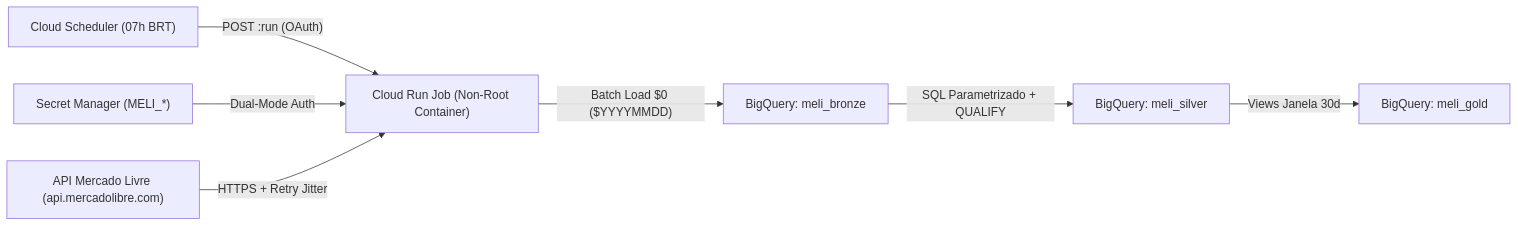
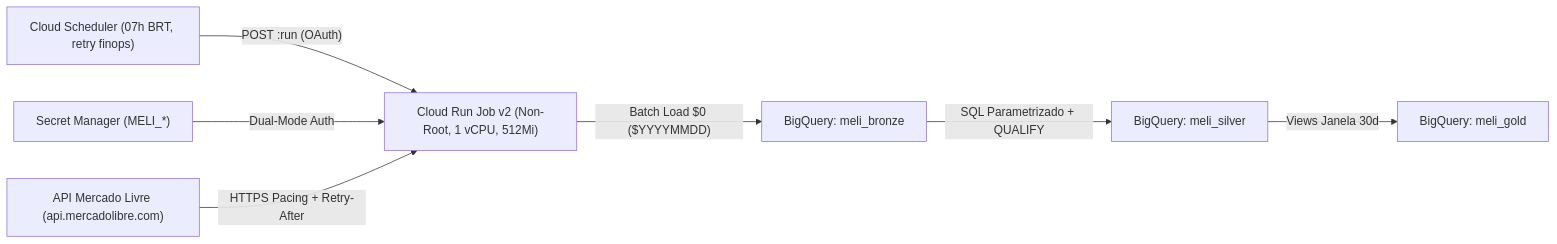
One commit to fealvesz2/etl-mercado-livre-bigquery changed the diagram in README.md. Above: the diagram before and after it, drawn with Mermaid. The commit also changed other lines of this file, not shown here.

Commit message:
docs(readme): document expanded PUBLIC_MODE architecture, FinOps scheduler and cloud metrics

````diff
--- a/README.md
+++ b/README.md
@@ -11,9 +11,9 @@
 ```mermaid
 flowchart LR
-  SCHED["Cloud Scheduler (07h BRT)"] -->|"POST :run (OAuth)"| JOB["Cloud Run Job (Non-Root Container)"]
+  SCHED["Cloud Scheduler (07h BRT, retry finops)"] -->|"POST :run (OAuth)"| JOB["Cloud Run Job v2 (Non-Root, 1 vCPU, 512Mi)"]
   SM["Secret Manager (MELI_*)"] -->|"Dual-Mode Auth"| JOB
-  MELI["API Mercado Livre (api.mercadolibre.com)"] -->|"HTTPS + Retry Jitter"| JOB
+  MELI["API Mercado Livre (api.mercadolibre.com)"] -->|"HTTPS Pacing + Retry-After"| JOB
   JOB -->|"Batch Load $0 ($YYYYMMDD)"| BZ["BigQuery: meli_bronze"]
   BZ -->|"SQL Parametrizado + QUALIFY"| SV["BigQuery: meli_silver"]
   SV -->|"Views Janela 30d"| GD["BigQuery: meli_gold"]
 ```
````
